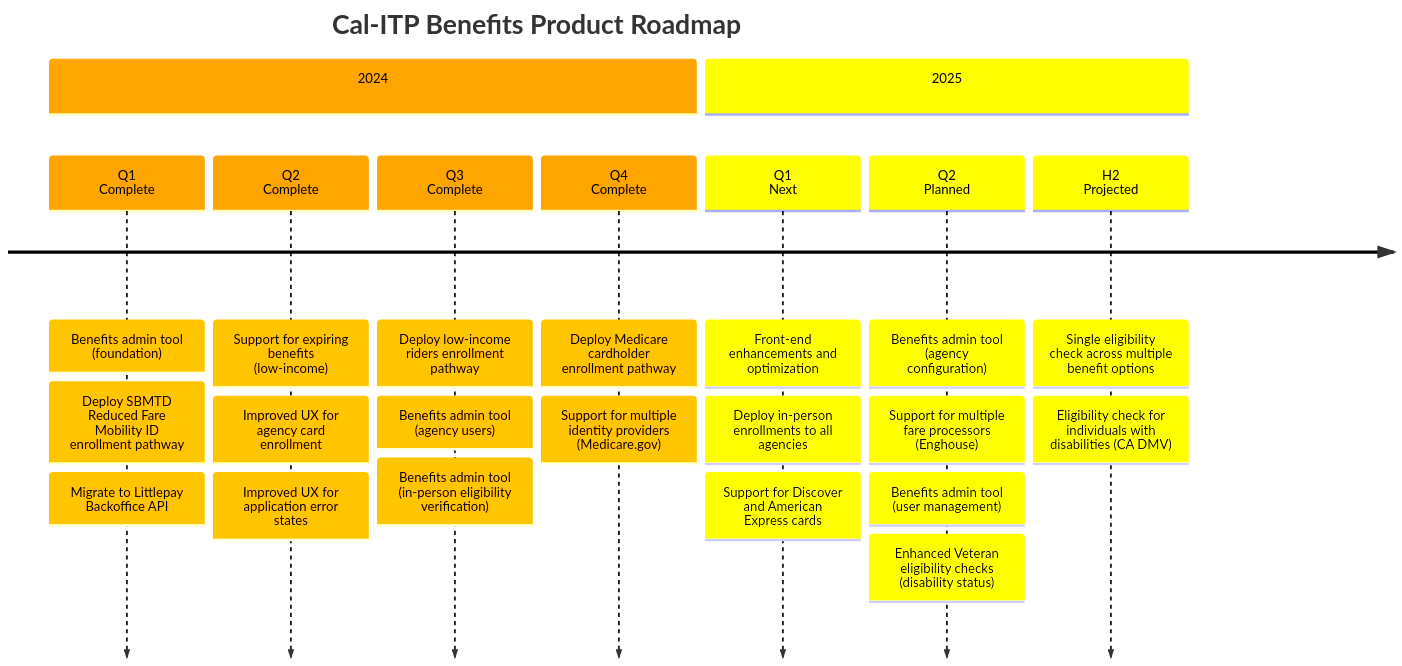
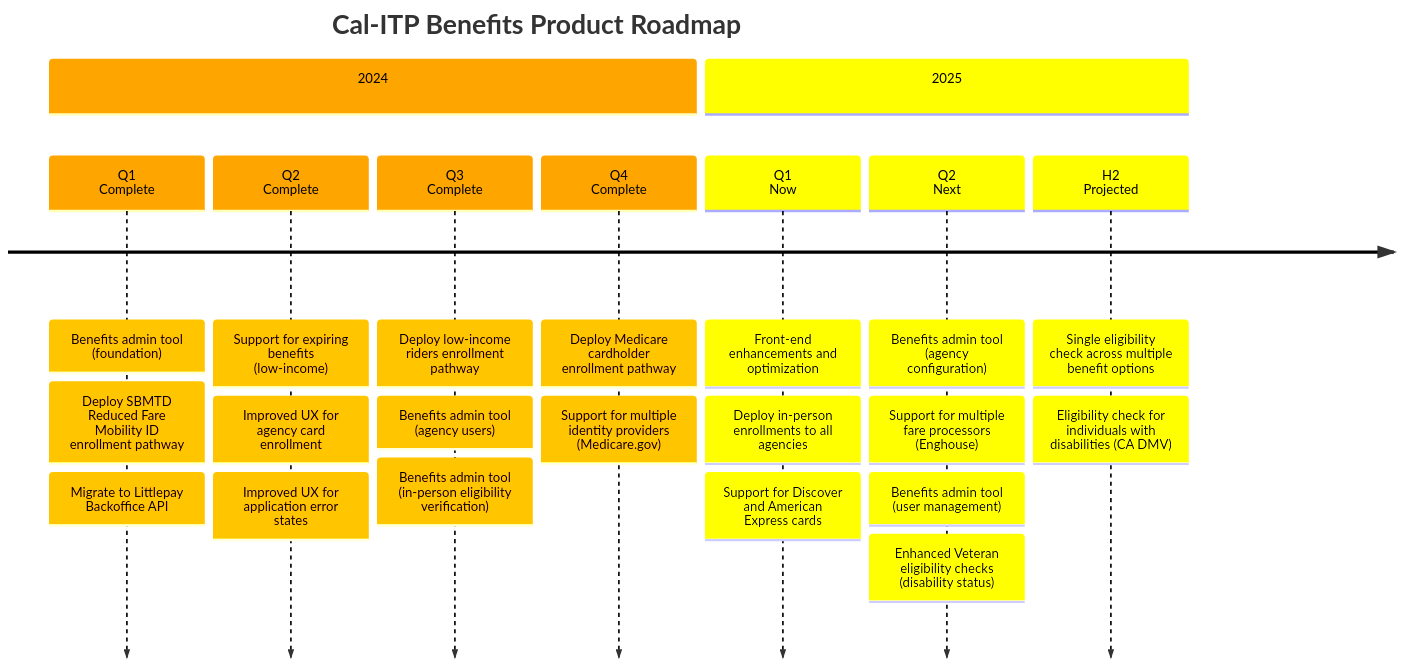
The diagram in docs/enrollment-pathways/README.md (cal-itp/benefits), drawn with Mermaid before and after one commit.

Commit message:
docs: updated status labels for Q1 and Q2

````diff
--- a/docs/enrollment-pathways/README.md
+++ b/docs/enrollment-pathways/README.md
@@ -19,56 +19,56 @@
 ```mermaid
 timeline
     title Cal-ITP Benefits Product Roadmap
 %% Cal-ITP Benefits Epics (2024)
           section 2024
 
           Q1<br>Complete
           : Benefits admin tool (foundation)
           : Deploy SBMTD Reduced Fare Mobility ID enrollment pathway
           : Migrate to Littlepay Backoffice API
 
           Q2<br>Complete
           : Support for expiring benefits (low-income)
           : Improved UX for agency card enrollment
           : Improved UX for application error states
 
           Q3<br>Complete
           : Deploy low-income riders enrollment pathway
           : Benefits admin tool (agency users)
           : Benefits admin tool (in-person eligibility verification)
 
           Q4<br>Complete
           : Deploy Medicare cardholder enrollment pathway
           : Support for multiple identity providers (Medicare.gov)
 
 %% Cal-ITP Benefits Epics (2025)
           section 2025
 
-          Q1<br>Next
+          Q1<br>Now
         : Front-end enhancements and optimization
         : Deploy in-person enrollments to all agencies
         : Support for Discover and American Express cards
 
-          Q2<br>Planned
+          Q2<br>Next
         : Benefits admin tool (agency configuration)
         : Support for multiple fare processors (Enghouse)
         : Benefits admin tool (user management)
         : Enhanced Veteran eligibility checks (disability status)
 
           H2<br>Projected
         : Single eligibility check across multiple benefit options
         : Eligibility check for individuals with disabilities (CA DMV)
 
 %%{
   init: {
     'logLevel': 'debug',
     'theme': 'default' ,
     'themeVariables': {
       'cScale0': 'orange',
       'cScaleLabel0': 'black',
       'cScale1': 'yellow',
       'cScaleLabel1': 'black'
     }
   }
 }%%
 ```
````
